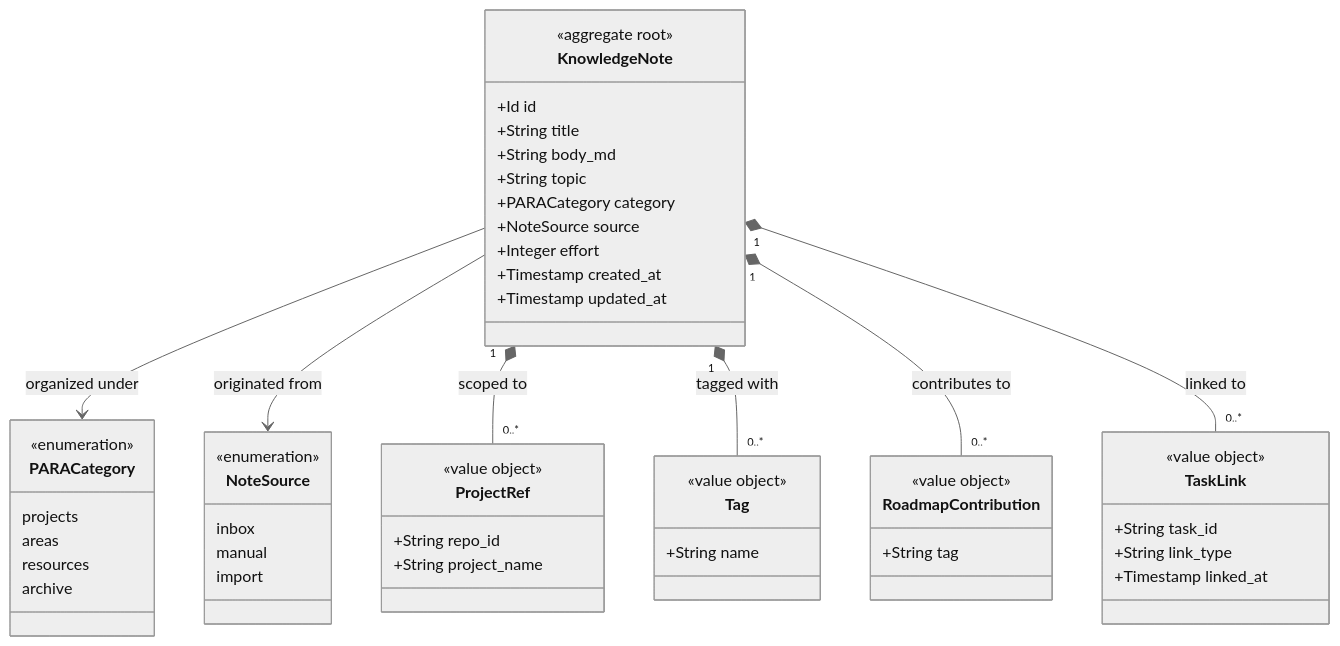
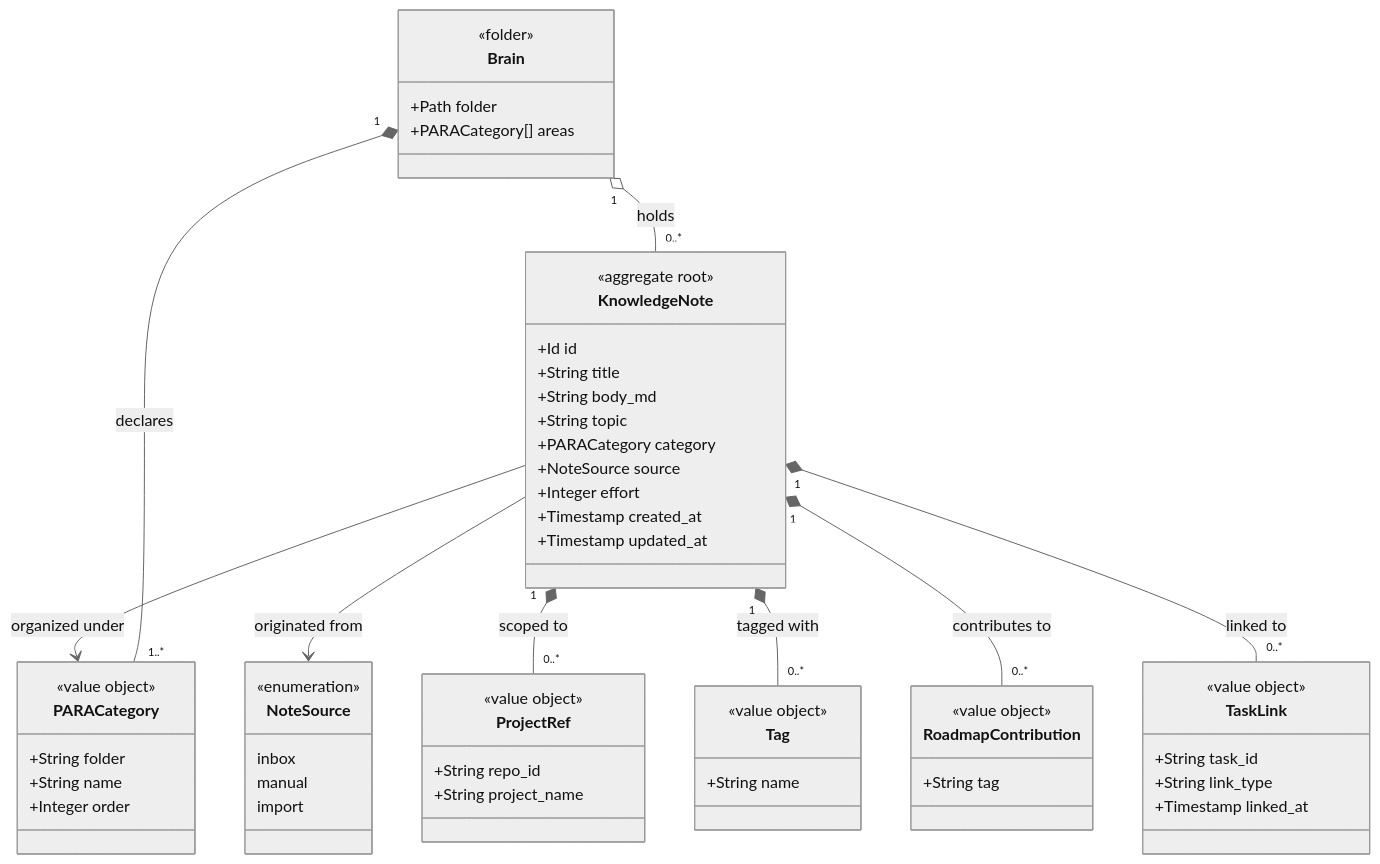
Before and after one commit to JSdotNet/Backlog: the first of 2 diagrams in .devbook/domain/devbook/model.md, drawn with Mermaid (neutral theme). The commit also changed other lines of this file and 14 other files, not shown here.

````diff
--- a/.devbook/domain/devbook/model.md
+++ b/.devbook/domain/devbook/model.md
@@ -15,54 +15,60 @@
 ```mermaid
 classDiagram
     class KnowledgeNote {
         <<aggregate root>>
         +Id id
         +String title
         +String body_md
         +String topic
         +PARACategory category
         +NoteSource source
         +Integer effort
         +Timestamp created_at
         +Timestamp updated_at
+    }
+    class Brain {
+        <<folder>>
+        +Path folder
+        +PARACategory[] areas
     }
     class ProjectRef {
         <<value object>>
         +String repo_id
         +String project_name
     }
     class Tag {
         <<value object>>
         +String name
     }
     class RoadmapContribution {
         <<value object>>
         +String tag
     }
     class TaskLink {
         <<value object>>
         +String task_id
         +String link_type
         +Timestamp linked_at
     }
     class PARACategory {
-        <<enumeration>>
-        projects
-        areas
-        resources
-        archive
+        <<value object>>
+        +String folder
+        +String name
+        +Integer order
     }
     class NoteSource {
         <<enumeration>>
         inbox
         manual
         import
     }
 
     KnowledgeNote --> PARACategory : organized under
+    Brain "1" o-- "0..*" KnowledgeNote : holds
+    Brain "1" *-- "1..*" PARACategory : declares
     KnowledgeNote --> NoteSource : originated from
     KnowledgeNote "1" *-- "0..*" ProjectRef : scoped to
     KnowledgeNote "1" *-- "0..*" Tag : tagged with
     KnowledgeNote "1" *-- "0..*" RoadmapContribution : contributes to
     KnowledgeNote "1" *-- "0..*" TaskLink : linked to
 ```
````
